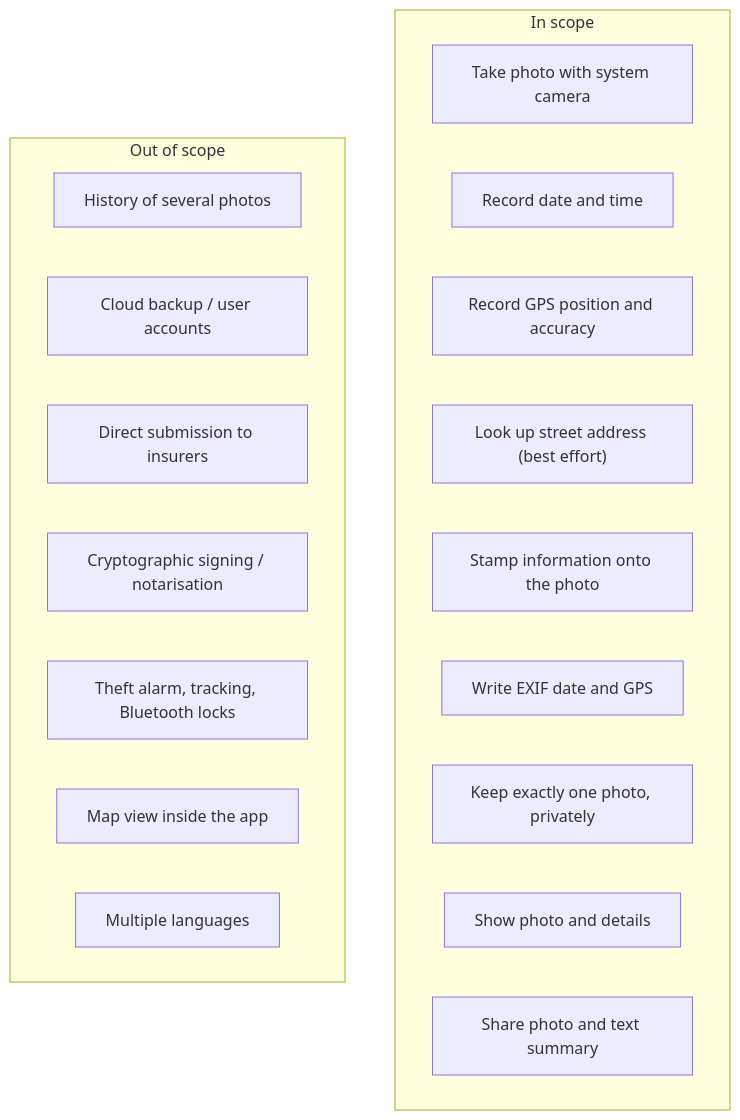
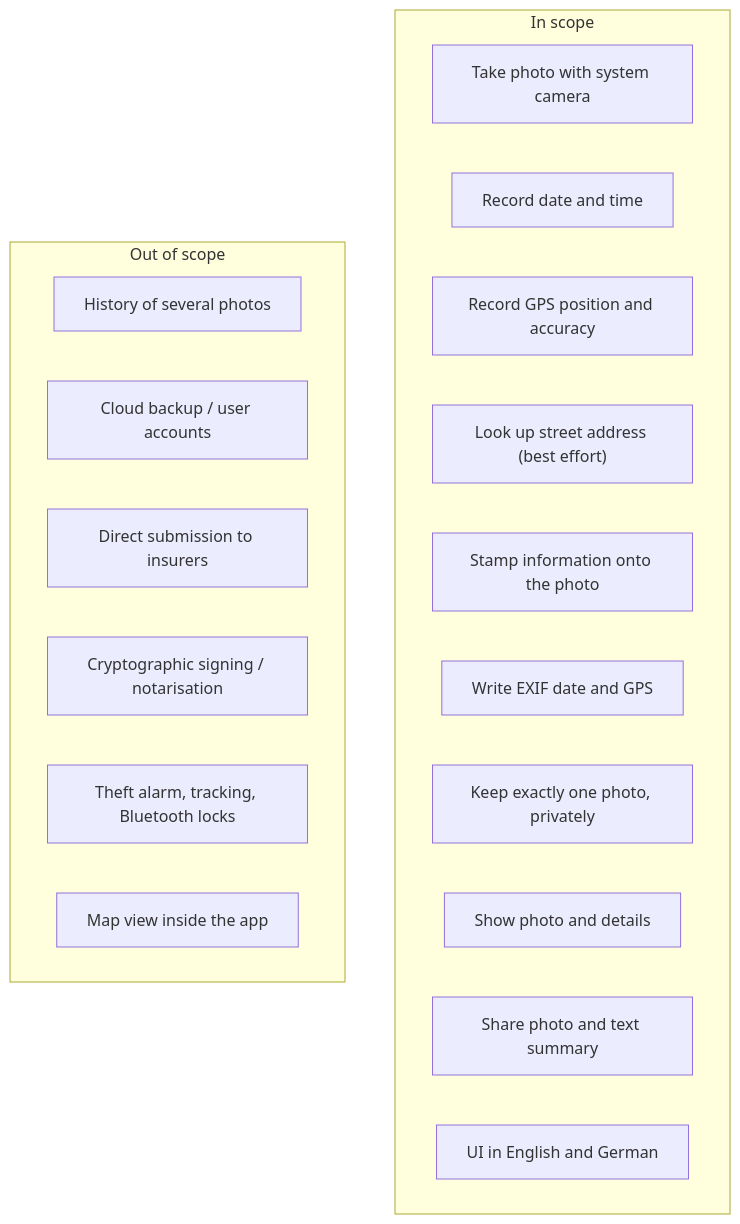
Before and after one commit to Nomovil/bike_lock_doc: the diagram in docs/spec/01-vision-and-scope.md, drawn with Mermaid. The commit also changed other lines of this file and 25 other files, not shown here.

First line of the commit message:
Add localisation (English, German)

````diff
--- a/docs/spec/01-vision-and-scope.md
+++ b/docs/spec/01-vision-and-scope.md
@@ -31,23 +31,23 @@
 ```mermaid
 flowchart TB
     subgraph IN["In scope"]
         A["Take photo with system camera"]
         B["Record date and time"]
         C["Record GPS position and accuracy"]
         D["Look up street address (best effort)"]
         E["Stamp information onto the photo"]
         F["Write EXIF date and GPS"]
         G["Keep exactly one photo, privately"]
         H["Show photo and details"]
         I["Share photo and text summary"]
+        Q["UI in English and German"]
     end
     subgraph OUT["Out of scope"]
         J["History of several photos"]
         K["Cloud backup / user accounts"]
         L["Direct submission to insurers"]
         M["Cryptographic signing / notarisation"]
         N["Theft alarm, tracking, Bluetooth locks"]
         O["Map view inside the app"]
-        P["Multiple languages"]
     end
 ```
````
